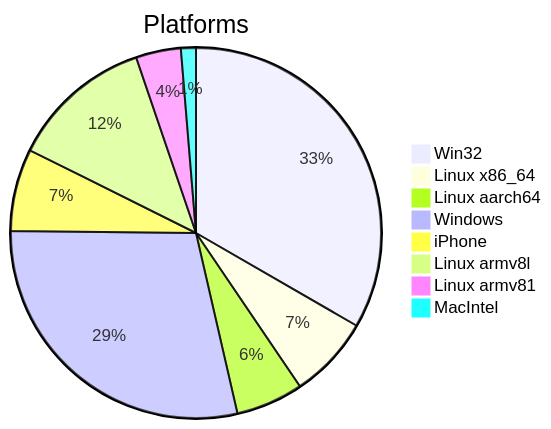
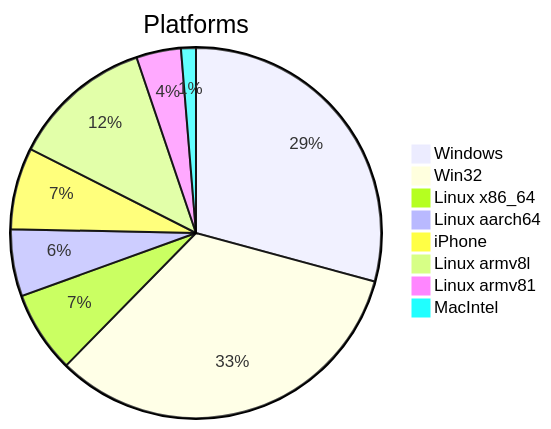
The first of 2 diagrams in DATA_REPORT.md (Krugou/socials), drawn with Mermaid before and after one commit. The commit also changed other lines of this file and 2 other files, not shown here.

````diff
--- a/DATA_REPORT.md
+++ b/DATA_REPORT.md
@@ -9,11 +9,11 @@
 ```mermaid
 pie title Platforms
+    "Windows" : 45
     "Win32" : 51
     "Linux x86_64" : 11
     "Linux aarch64" : 9
-    "Windows" : 44
     "iPhone" : 11
     "Linux armv8l" : 19
     "Linux armv81" : 6
     "MacIntel" : 2
 ```
````
